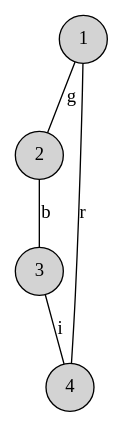
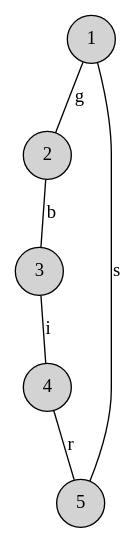
One commit to baloo1379/emtl_sat_translator changed the diagram in test.dot. Above: the diagram before and after it, drawn with Graphviz. The commit also changed 2 other files, not shown here.

Commit message:
Graph saving fix

```diff
--- a/test.dot
+++ b/test.dot
@@ -1,11 +1,13 @@
 graph A {
 node [shape=circle,style=filled] 1
 node [shape=circle,style=filled] 2
 node [shape=circle,style=filled] 3
 node [shape=circle,style=filled] 4
+node [shape=circle,style=filled] 5
 
 1 -- 2 [label="g"];
 2 -- 3 [label="b"];
 3 -- 4 [label="i"];
-4 -- 1 [label="r"];
+4 -- 5 [label="r"];
+5 -- 1 [label="s"];
 }
```
